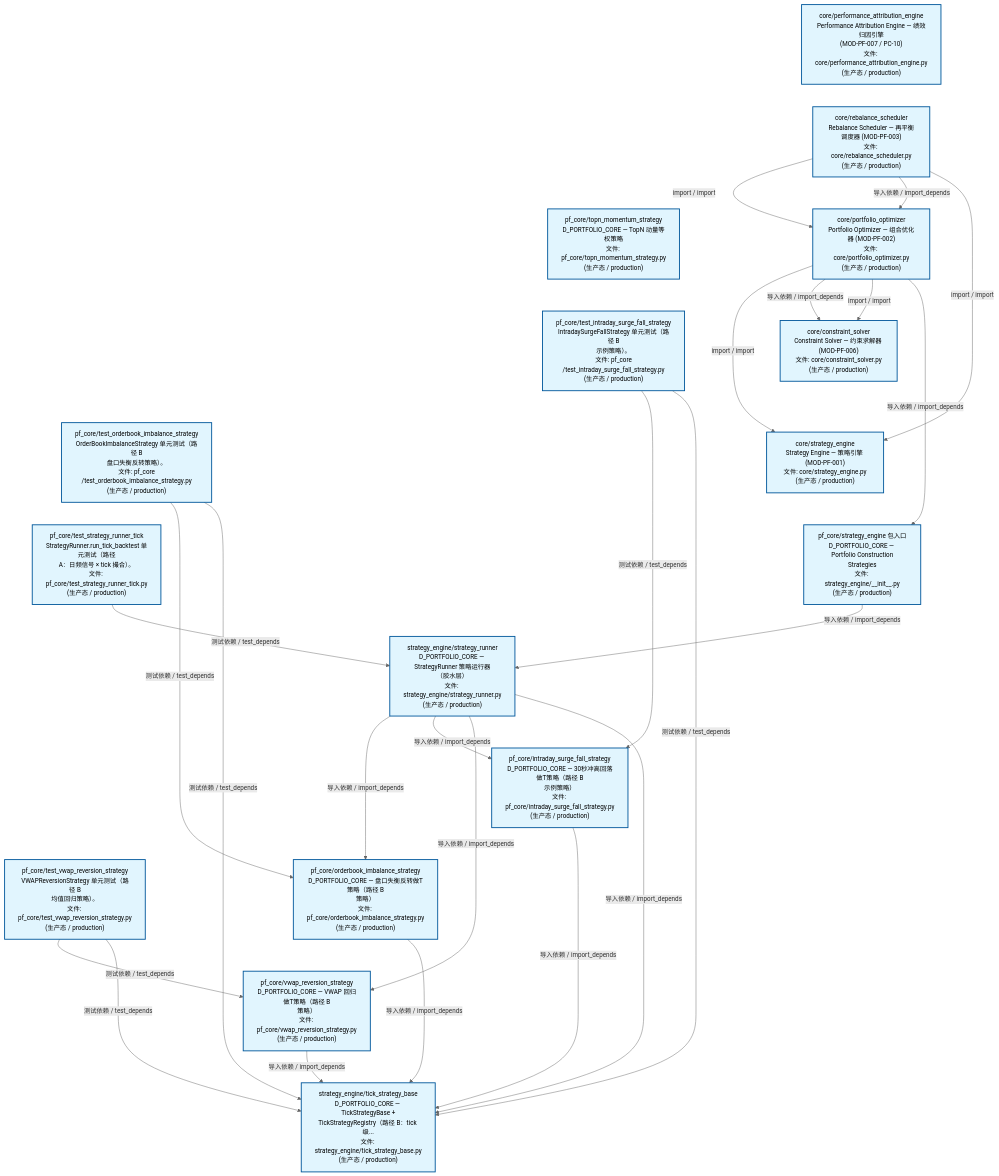
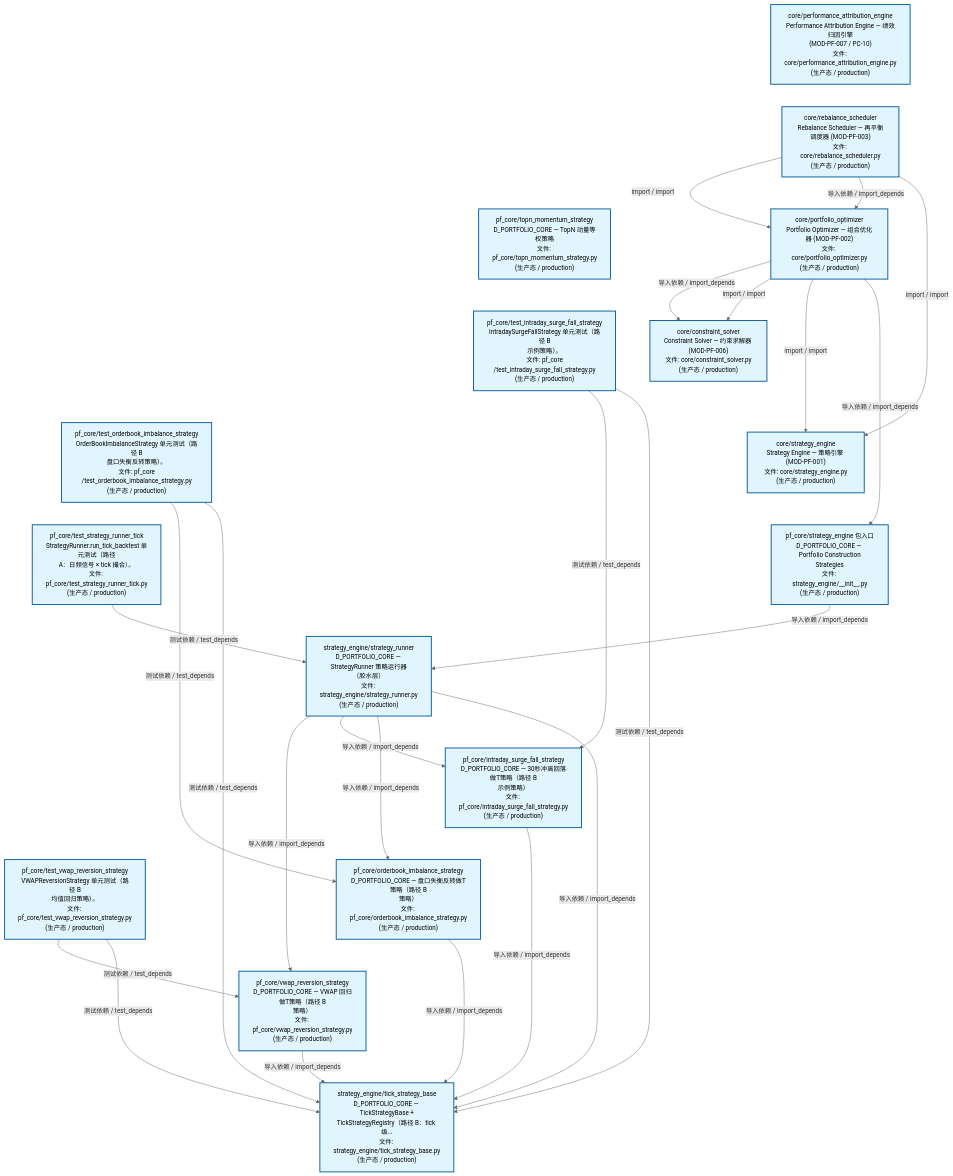
The second of 3 diagrams in docs/02_enterprise_architecture/02_domain_architecture_docs/63_d_pf_core.md (xuanFelixVan/ZephyrAlpha), drawn with Mermaid before and after one commit. The commit also changed other lines of this file and 69 other files, not shown here.

````diff
--- a/docs/02_enterprise_architecture/02_domain_architecture_docs/63_d_pf_core.md
+++ b/docs/02_enterprise_architecture/02_domain_architecture_docs/63_d_pf_core.md
@@ -140,57 +139,57 @@
 ```mermaid
 %%{init: {'theme': 'base', 'themeVariables': {'primaryColor': '#eaeaea', 'primaryTextColor': '#333333', 'primaryBorderColor': '#666666', 'lineColor': '#666666', 'secondaryColor': '#eaeaea', 'tertiaryColor': '#eaeaea', 'fontSize': '14px'}}}%%
 flowchart TD
     src_zephyr_pf_core_core_performance_attribution_engine_py["core/performance_attribution_engine<br/>Performance Attribution Engine — 绩效归因引擎<br/>(MOD-PF-007 / PC-10)<br/>文件: core/performance_attribution_engine.py<br/>(生产态 / production)"]
     src_zephyr_pf_core_core_rebalance_scheduler_py["core/rebalance_scheduler<br/>Rebalance Scheduler — 再平衡调度器 (MOD-PF-003)<br/>文件: core/rebalance_scheduler.py<br/>(生产态 / production)"]
     src_zephyr_pf_core_topn_momentum_strategy_py["pf_core/topn_momentum_strategy<br/>D_PORTFOLIO_CORE — TopN 动量等权策略<br/>文件: pf_core/topn_momentum_strategy.py<br/>(生产态 / production)"]
     tests_pf_core_test_intraday_surge_fall_strategy_py["pf_core/test_intraday_surge_fall_strategy<br/>IntradaySurgeFallStrategy 单元测试（路径 B<br/>示例策略）。<br/>文件: pf_core<br/>/test_intraday_surge_fall_strategy.py<br/>(生产态 / production)"]
     tests_pf_core_test_orderbook_imbalance_strategy_py["pf_core/test_orderbook_imbalance_strategy<br/>OrderBookImbalanceStrategy 单元测试（路径 B<br/>盘口失衡反转策略）。<br/>文件: pf_core<br/>/test_orderbook_imbalance_strategy.py<br/>(生产态 / production)"]
     tests_pf_core_test_strategy_runner_tick_py["pf_core/test_strategy_runner_tick<br/>StrategyRunner.run_tick_backtest 单元测试（路径<br/>A：日频信号 × tick 撮合）。<br/>文件: pf_core/test_strategy_runner_tick.py<br/>(生产态 / production)"]
     tests_pf_core_test_vwap_reversion_strategy_py["pf_core/test_vwap_reversion_strategy<br/>VWAPReversionStrategy 单元测试（路径 B<br/>均值回归策略）。<br/>文件: pf_core/test_vwap_reversion_strategy.py<br/>(生产态 / production)"]
     src_zephyr_pf_core_core_performance_attribution_engine_py ~~~ src_zephyr_pf_core_core_rebalance_scheduler_py
     src_zephyr_pf_core_core_rebalance_scheduler_py ~~~ src_zephyr_pf_core_topn_momentum_strategy_py
     src_zephyr_pf_core_topn_momentum_strategy_py ~~~ tests_pf_core_test_intraday_surge_fall_strategy_py
     tests_pf_core_test_intraday_surge_fall_strategy_py ~~~ tests_pf_core_test_orderbook_imbalance_strategy_py
     tests_pf_core_test_orderbook_imbalance_strategy_py ~~~ tests_pf_core_test_strategy_runner_tick_py
     tests_pf_core_test_strategy_runner_tick_py ~~~ tests_pf_core_test_vwap_reversion_strategy_py
     src_zephyr_pf_core_core_portfolio_optimizer_py["core/portfolio_optimizer<br/>Portfolio Optimizer — 组合优化器 (MOD-PF-002)<br/>文件: core/portfolio_optimizer.py<br/>(生产态 / production)"]
     src_zephyr_pf_core_core_constraint_solver_py["core/constraint_solver<br/>Constraint Solver — 约束求解器 (MOD-PF-006)<br/>文件: core/constraint_solver.py<br/>(生产态 / production)"]
     src_zephyr_pf_core_core_strategy_engine_py["core/strategy_engine<br/>Strategy Engine — 策略引擎 (MOD-PF-001)<br/>文件: core/strategy_engine.py<br/>(生产态 / production)"]
     src_zephyr_pf_core_strategy_engine_init_py["pf_core/strategy_engine 包入口<br/>D_PORTFOLIO_CORE — Portfolio Construction<br/>Strategies<br/>文件: strategy_engine/__init__.py<br/>(生产态 / production)"]
     src_zephyr_pf_core_core_constraint_solver_py ~~~ src_zephyr_pf_core_core_strategy_engine_py
     src_zephyr_pf_core_core_strategy_engine_py ~~~ src_zephyr_pf_core_strategy_engine_init_py
     src_zephyr_pf_core_strategy_engine_strategy_runner_py["strategy_engine/strategy_runner<br/>D_PORTFOLIO_CORE — StrategyRunner 策略运行器<br/>（胶水层）<br/>文件: strategy_engine/strategy_runner.py<br/>(生产态 / production)"]
     src_zephyr_pf_core_intraday_surge_fall_strategy_py["pf_core/intraday_surge_fall_strategy<br/>D_PORTFOLIO_CORE — 30秒冲高回落做T策略（路径 B<br/>示例策略）<br/>文件: pf_core/intraday_surge_fall_strategy.py<br/>(生产态 / production)"]
     src_zephyr_pf_core_orderbook_imbalance_strategy_py["pf_core/orderbook_imbalance_strategy<br/>D_PORTFOLIO_CORE — 盘口失衡反转做T策略（路径 B<br/>策略）<br/>文件: pf_core/orderbook_imbalance_strategy.py<br/>(生产态 / production)"]
     src_zephyr_pf_core_vwap_reversion_strategy_py["pf_core/vwap_reversion_strategy<br/>D_PORTFOLIO_CORE — VWAP 回归做T策略（路径 B<br/>策略）<br/>文件: pf_core/vwap_reversion_strategy.py<br/>(生产态 / production)"]
     src_zephyr_pf_core_intraday_surge_fall_strategy_py ~~~ src_zephyr_pf_core_orderbook_imbalance_strategy_py
     src_zephyr_pf_core_orderbook_imbalance_strategy_py ~~~ src_zephyr_pf_core_vwap_reversion_strategy_py
     src_zephyr_pf_core_strategy_engine_tick_strategy_base_py["strategy_engine/tick_strategy_base<br/>D_PORTFOLIO_CORE — TickStrategyBase +<br/>TickStrategyRegistry（路径 B：tick 级...<br/>文件: strategy_engine/tick_strategy_base.py<br/>(生产态 / production)"]
+    src_zephyr_pf_core_vwap_reversion_strategy_py -->|导入依赖 / import_depends| src_zephyr_pf_core_strategy_engine_tick_strategy_base_py
+    src_zephyr_pf_core_intraday_surge_fall_strategy_py -->|导入依赖 / import_depends| src_zephyr_pf_core_strategy_engine_tick_strategy_base_py
     src_zephyr_pf_core_orderbook_imbalance_strategy_py -->|导入依赖 / import_depends| src_zephyr_pf_core_strategy_engine_tick_strategy_base_py
-    src_zephyr_pf_core_intraday_surge_fall_strategy_py -->|导入依赖 / import_depends| src_zephyr_pf_core_strategy_engine_tick_strategy_base_py
-    src_zephyr_pf_core_vwap_reversion_strategy_py -->|导入依赖 / import_depends| src_zephyr_pf_core_strategy_engine_tick_strategy_base_py
-    src_zephyr_pf_core_core_portfolio_optimizer_py -->|import / import| src_zephyr_pf_core_core_strategy_engine_py
     src_zephyr_pf_core_core_portfolio_optimizer_py -->|导入依赖 / import_depends| src_zephyr_pf_core_core_constraint_solver_py
     src_zephyr_pf_core_core_portfolio_optimizer_py -->|import / import| src_zephyr_pf_core_core_constraint_solver_py
+    src_zephyr_pf_core_core_portfolio_optimizer_py -->|import / import| src_zephyr_pf_core_core_strategy_engine_py
     src_zephyr_pf_core_core_portfolio_optimizer_py -->|导入依赖 / import_depends| src_zephyr_pf_core_strategy_engine_init_py
+    src_zephyr_pf_core_strategy_engine_strategy_runner_py -->|导入依赖 / import_depends| src_zephyr_pf_core_vwap_reversion_strategy_py
+    src_zephyr_pf_core_strategy_engine_strategy_runner_py -->|导入依赖 / import_depends| src_zephyr_pf_core_intraday_surge_fall_strategy_py
+    src_zephyr_pf_core_strategy_engine_strategy_runner_py -->|导入依赖 / import_depends| src_zephyr_pf_core_orderbook_imbalance_strategy_py
+    src_zephyr_pf_core_strategy_engine_strategy_runner_py -->|导入依赖 / import_depends| src_zephyr_pf_core_strategy_engine_tick_strategy_base_py
     src_zephyr_pf_core_core_rebalance_scheduler_py -->|import / import| src_zephyr_pf_core_core_portfolio_optimizer_py
     src_zephyr_pf_core_core_rebalance_scheduler_py -->|导入依赖 / import_depends| src_zephyr_pf_core_core_portfolio_optimizer_py
     src_zephyr_pf_core_core_rebalance_scheduler_py -->|import / import| src_zephyr_pf_core_core_strategy_engine_py
-    src_zephyr_pf_core_strategy_engine_strategy_runner_py -->|导入依赖 / import_depends| src_zephyr_pf_core_orderbook_imbalance_strategy_py
-    src_zephyr_pf_core_strategy_engine_strategy_runner_py -->|导入依赖 / import_depends| src_zephyr_pf_core_intraday_surge_fall_strategy_py
-    src_zephyr_pf_core_strategy_engine_strategy_runner_py -->|导入依赖 / import_depends| src_zephyr_pf_core_vwap_reversion_strategy_py
-    src_zephyr_pf_core_strategy_engine_strategy_runner_py -->|导入依赖 / import_depends| src_zephyr_pf_core_strategy_engine_tick_strategy_base_py
     src_zephyr_pf_core_strategy_engine_init_py -->|导入依赖 / import_depends| src_zephyr_pf_core_strategy_engine_strategy_runner_py
+    tests_pf_core_test_intraday_surge_fall_strategy_py -->|测试依赖 / test_depends| src_zephyr_pf_core_intraday_surge_fall_strategy_py
+    tests_pf_core_test_intraday_surge_fall_strategy_py -->|测试依赖 / test_depends| src_zephyr_pf_core_strategy_engine_tick_strategy_base_py
     tests_pf_core_test_orderbook_imbalance_strategy_py -->|测试依赖 / test_depends| src_zephyr_pf_core_orderbook_imbalance_strategy_py
     tests_pf_core_test_orderbook_imbalance_strategy_py -->|测试依赖 / test_depends| src_zephyr_pf_core_strategy_engine_tick_strategy_base_py
-    tests_pf_core_test_intraday_surge_fall_strategy_py -->|测试依赖 / test_depends| src_zephyr_pf_core_intraday_surge_fall_strategy_py
-    tests_pf_core_test_intraday_surge_fall_strategy_py -->|测试依赖 / test_depends| src_zephyr_pf_core_strategy_engine_tick_strategy_base_py
-    tests_pf_core_test_strategy_runner_tick_py -->|测试依赖 / test_depends| src_zephyr_pf_core_strategy_engine_strategy_runner_py
     tests_pf_core_test_vwap_reversion_strategy_py -->|测试依赖 / test_depends| src_zephyr_pf_core_vwap_reversion_strategy_py
     tests_pf_core_test_vwap_reversion_strategy_py -->|测试依赖 / test_depends| src_zephyr_pf_core_strategy_engine_tick_strategy_base_py
+    tests_pf_core_test_strategy_runner_tick_py -->|测试依赖 / test_depends| src_zephyr_pf_core_strategy_engine_strategy_runner_py
     classDef production fill:#e1f5fe,stroke:#01579b,stroke-width:2px,color:#000
     classDef design fill:#fff3e0,stroke:#e65100,stroke-width:2px,color:#000,stroke-dasharray: 5 5
     classDef external_prod fill:#e8f4fd,stroke:#0277bd,stroke-width:1px,color:#000
     classDef external_design fill:#fff8e7,stroke:#ef6c00,stroke-width:1px,color:#000,stroke-dasharray: 5 5
     class src_zephyr_pf_core_core_constraint_solver_py,src_zephyr_pf_core_core_performance_attribution_engine_py,src_zephyr_pf_core_core_portfolio_optimizer_py,src_zephyr_pf_core_core_rebalance_scheduler_py,src_zephyr_pf_core_core_strategy_engine_py,src_zephyr_pf_core_intraday_surge_fall_strategy_py,src_zephyr_pf_core_orderbook_imbalance_strategy_py,src_zephyr_pf_core_strategy_engine_init_py,src_zephyr_pf_core_strategy_engine_strategy_runner_py,src_zephyr_pf_core_strategy_engine_tick_strategy_base_py,src_zephyr_pf_core_topn_momentum_strategy_py,src_zephyr_pf_core_vwap_reversion_strategy_py,tests_pf_core_test_intraday_surge_fall_strategy_py,tests_pf_core_test_orderbook_imbalance_strategy_py,tests_pf_core_test_strategy_runner_tick_py,tests_pf_core_test_vwap_reversion_strategy_py production
 ```
````
